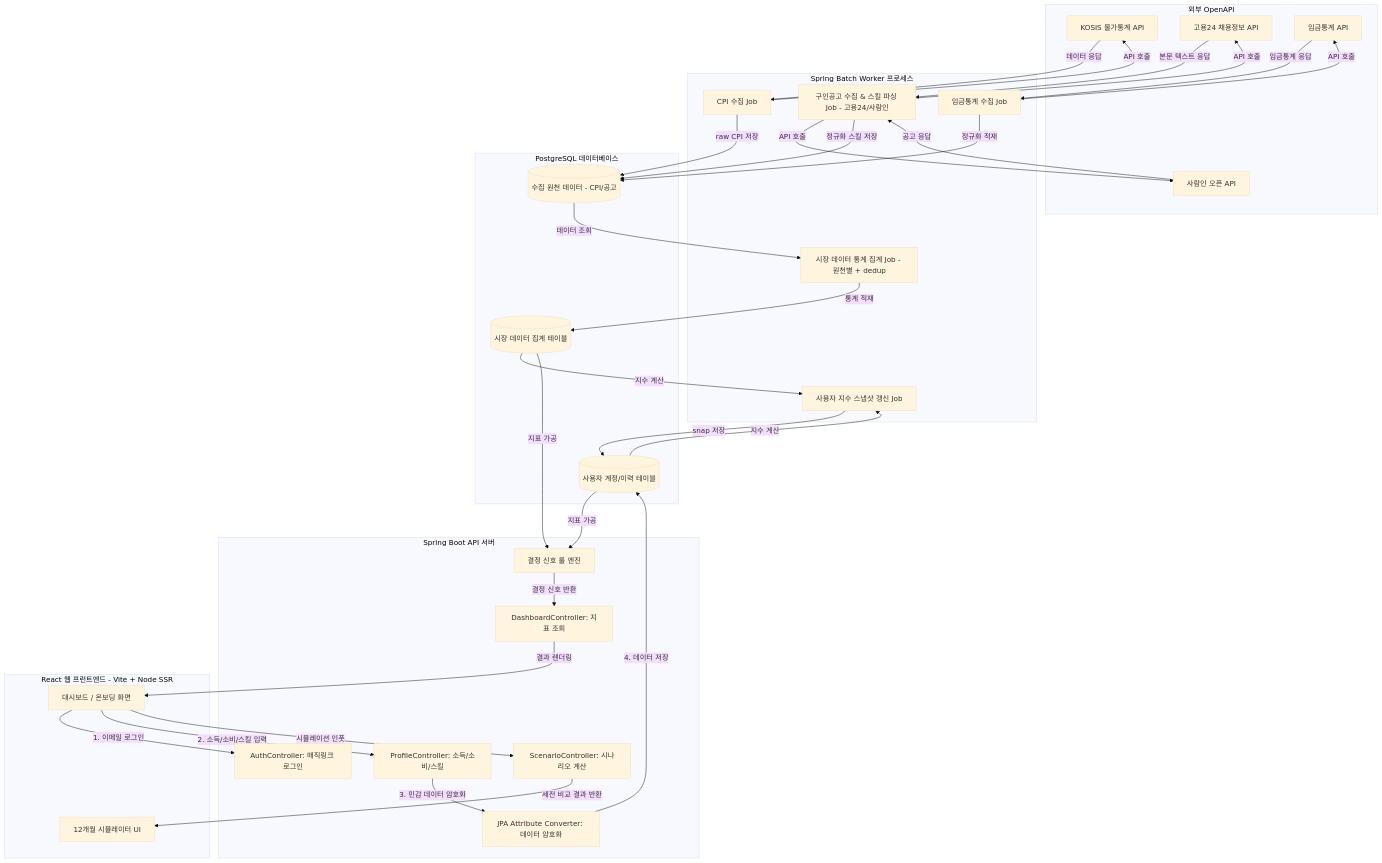
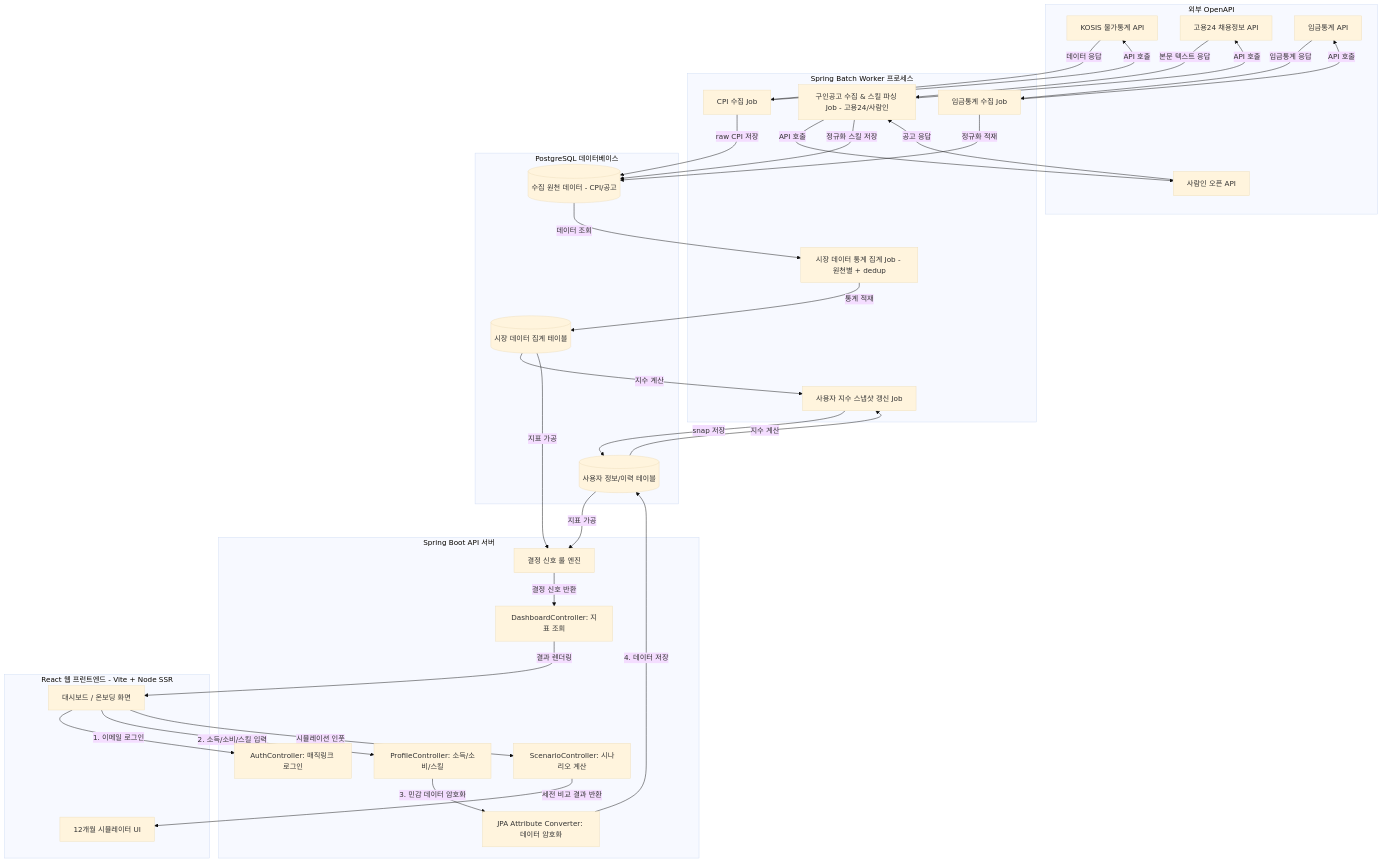
The first of 5 diagrams in docs/specs/application-workflow.md (SeoHyeokGyu/Carix), drawn with Mermaid (base theme) before and after one commit. The commit also changed 6 other files, not shown here.

Commit message:
docs: 스키마 및 사양서 내 account 테이블/컬럼명을 users 및 user_id로 변경

````diff
--- a/docs/specs/application-workflow.md
+++ b/docs/specs/application-workflow.md
@@ -11,74 +11,74 @@
 ```mermaid
 flowchart TD
     %% 1. 외부 데이터 및 수집 (Top)
     subgraph External [외부 OpenAPI]
         Kosis[KOSIS 물가통계 API]
         Work24[고용24 채용정보 API]
         Saramin[사람인 오픈 API]
         WageStat[임금통계 API]
     end
 
     %% 2. 배치 프로세서 (Down 1)
     subgraph Batch [Spring Batch Worker 프로세스]
         Job1[CPI 수집 Job]
         Job2[구인공고 수집 & 스킬 파싱 Job - 고용24/사람인]
         Job2b[임금통계 수집 Job]
         Job3[시장 데이터 통계 집계 Job - 원천별 + dedup]
         Job4[사용자 지수 스냅샷 갱신 Job]
     end
 
     %% 3. 데이터베이스 (Down 2)
     subgraph DB [PostgreSQL 데이터베이스]
         RawDB[(수집 원천 데이터 - CPI/공고)]
         AggDB[(시장 데이터 집계 테이블)]
-        AccountDB[(사용자 계정/이력 테이블)]
+        UsersDB[(사용자 정보/이력 테이블)]
     end
 
     %% 4. API 서버 (Down 3)
     subgraph API [Spring Boot API 서버]
         AC[AuthController: 매직링크 로그인]
         PC[ProfileController: 소득/소비/스킬]
         DC[DashboardController: 지표 조회]
         SC[ScenarioController: 시나리오 계산]
         Encrypt[JPA Attribute Converter: 데이터 암호화]
         DecEng[결정 신호 룰 엔진]
     end
 
     %% 5. 프런트엔드 (Bottom)
     subgraph Frontend [React 웹 프런트엔드 - Vite + Node SSR]
         UI[대시보드 / 온보딩 화면]
         Sim[12개월 시뮬레이터 UI]
     end
 
     %% 외부 -> 배치 연동
     Kosis -->|데이터 응답| Job1
     Work24 -->|본문 텍스트 응답| Job2
     Saramin -->|공고 응답| Job2
     WageStat -->|임금통계 응답| Job2b
     Job1 -->|API 호출| Kosis
     Job2 -->|API 호출| Work24
     Job2 -->|API 호출| Saramin
     Job2b -->|API 호출| WageStat
     Job2b -->|정규화 적재| RawDB
 
     %% 배치 -> DB 연동
     Job1 -->|raw CPI 저장| RawDB
     Job2 -->|정규화 스킬 저장| RawDB
     RawDB -->|데이터 조회| Job3
     Job3 -->|통계 적재| AggDB
-    AggDB & AccountDB -->|지수 계산| Job4
-    Job4 -->|snap 저장| AccountDB
+    AggDB & UsersDB -->|지수 계산| Job4
+    Job4 -->|snap 저장| UsersDB
 
     %% 사용자 입력 -> API -> DB 연동
     UI -->|1. 이메일 로그인| AC
     UI -->|2. 소득/소비/스킬 입력| PC
     PC -->|3. 민감 데이터 암호화| Encrypt
-    Encrypt -->|4. 데이터 저장| AccountDB
+    Encrypt -->|4. 데이터 저장| UsersDB
 
     %% API -> 프런트엔드 서빙 연동
-    AccountDB & AggDB -->|지표 가공| DecEng
+    UsersDB & AggDB -->|지표 가공| DecEng
     DecEng -->|결정 신호 반환| DC
     DC -->|결과 렌더링| UI
     UI -->|시뮬레이션 인풋| SC
     SC -->|세전 비교 결과 반환| Sim
 ```
````
